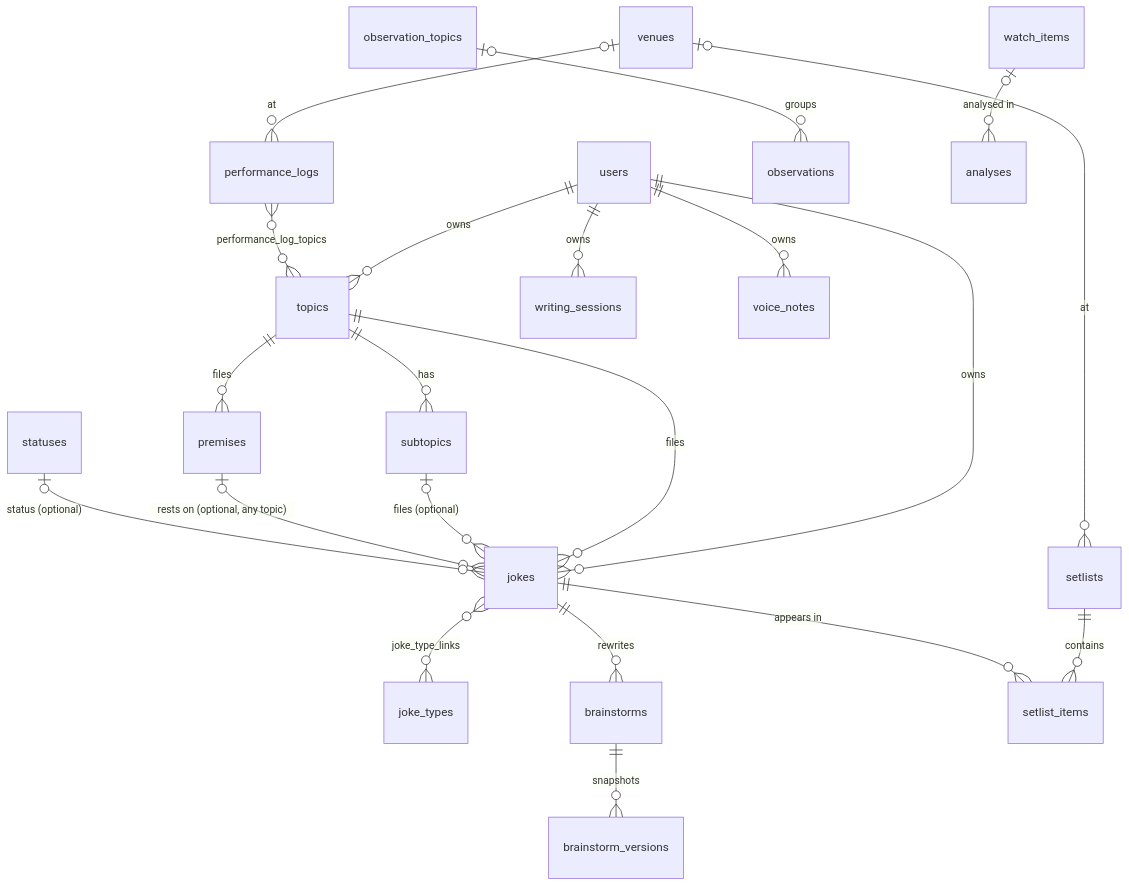
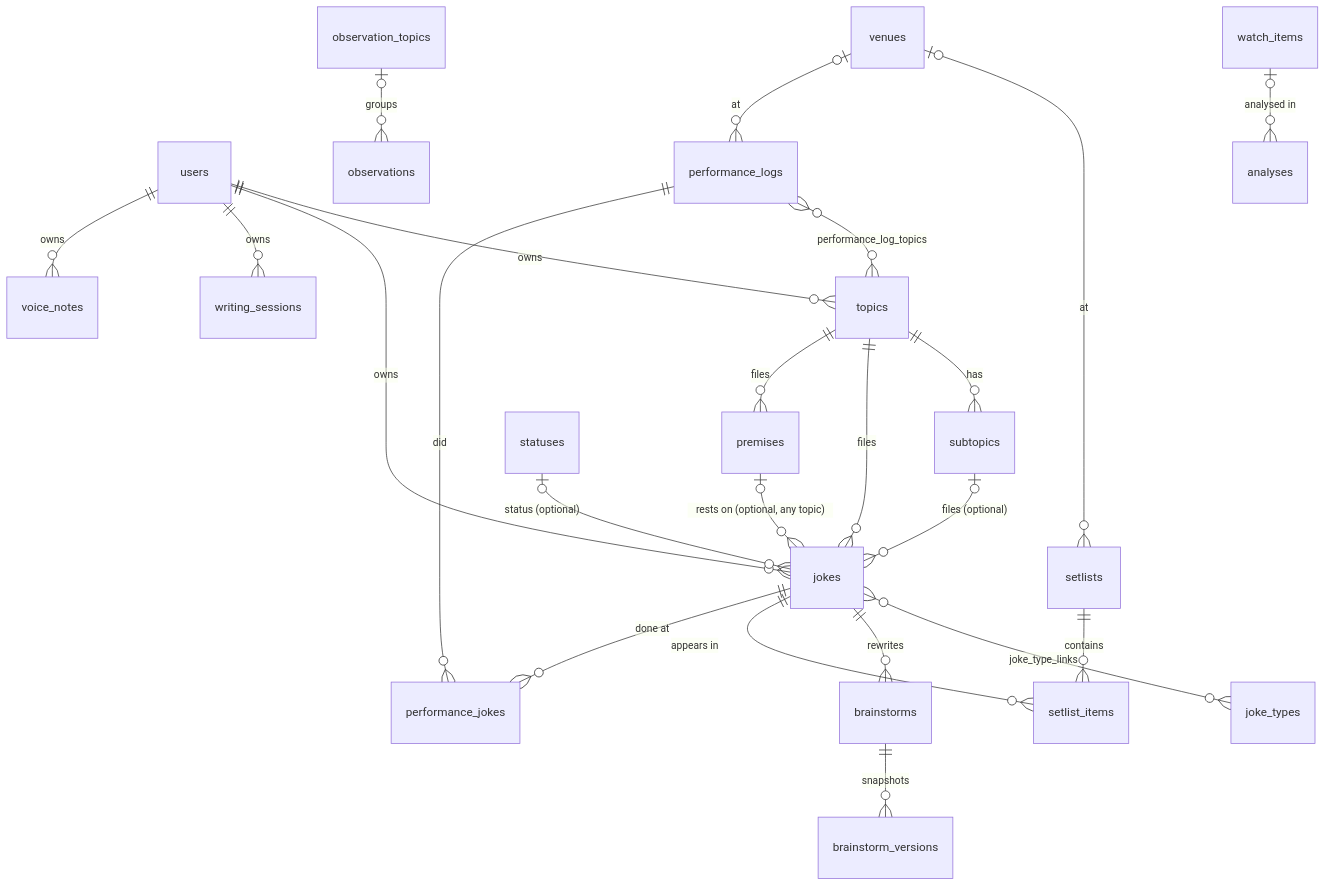
One commit to s-samarth/joke-box changed the diagram in docs/data-model.md. Above: the diagram before and after it, drawn with Mermaid. The commit also changed other lines of this file and 26 other files, not shown here.

First line of the commit message:
Shows record which jokes you did, and how each went (#100)

````diff
--- a/docs/data-model.md
+++ b/docs/data-model.md
@@ -26,23 +26,25 @@
 ```mermaid
 erDiagram
   users ||--o{ topics : owns
   users ||--o{ jokes : owns
   topics ||--o{ subtopics : has
   topics ||--o{ jokes : files
   subtopics |o--o{ jokes : "files (optional)"
   topics ||--o{ premises : files
   premises |o--o{ jokes : "rests on (optional, any topic)"
   statuses |o--o{ jokes : "status (optional)"
   jokes }o--o{ joke_types : joke_type_links
   jokes ||--o{ brainstorms : rewrites
   brainstorms ||--o{ brainstorm_versions : snapshots
   setlists ||--o{ setlist_items : contains
   jokes ||--o{ setlist_items : "appears in"
   venues |o--o{ setlists : at
   venues |o--o{ performance_logs : at
   performance_logs }o--o{ topics : performance_log_topics
+  performance_logs ||--o{ performance_jokes : did
+  jokes ||--o{ performance_jokes : "done at"
   observation_topics |o--o{ observations : groups
   watch_items |o--o{ analyses : "analysed in"
   users ||--o{ writing_sessions : owns
   users ||--o{ voice_notes : owns
 ```
````
